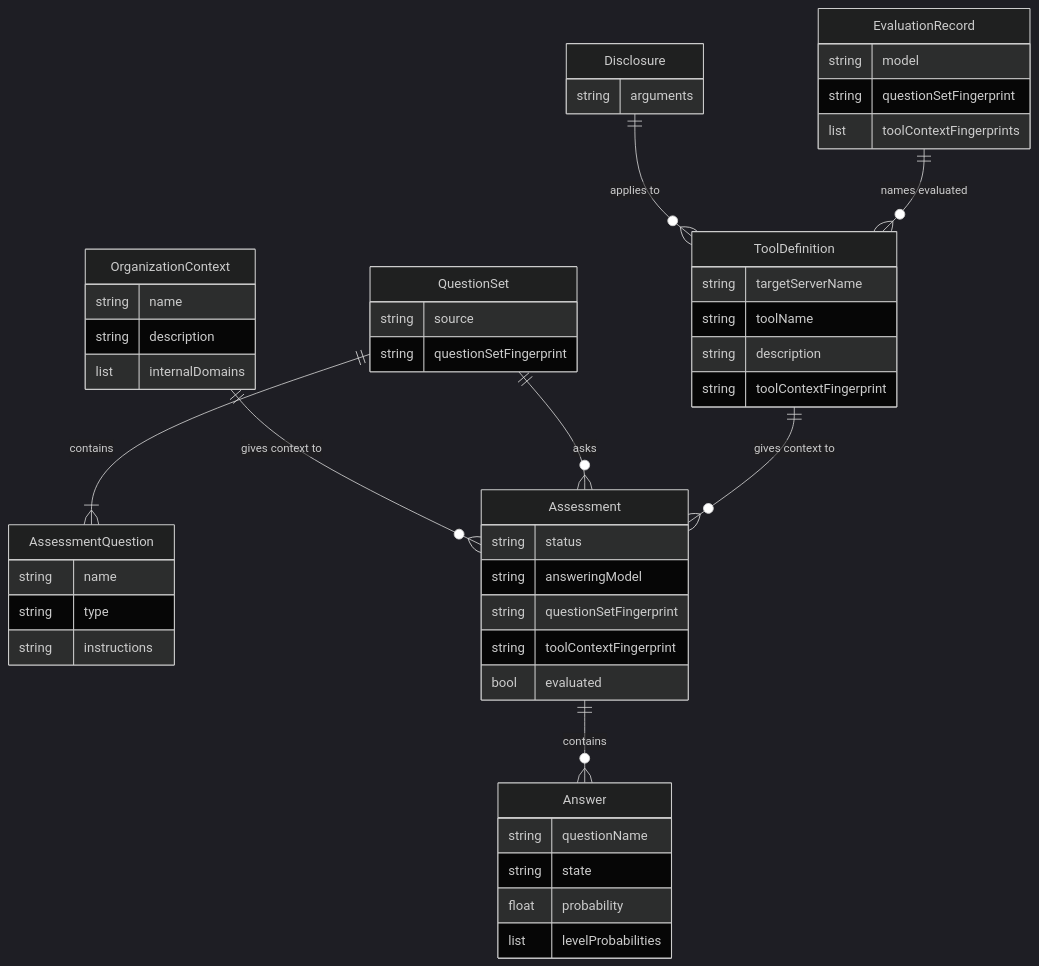
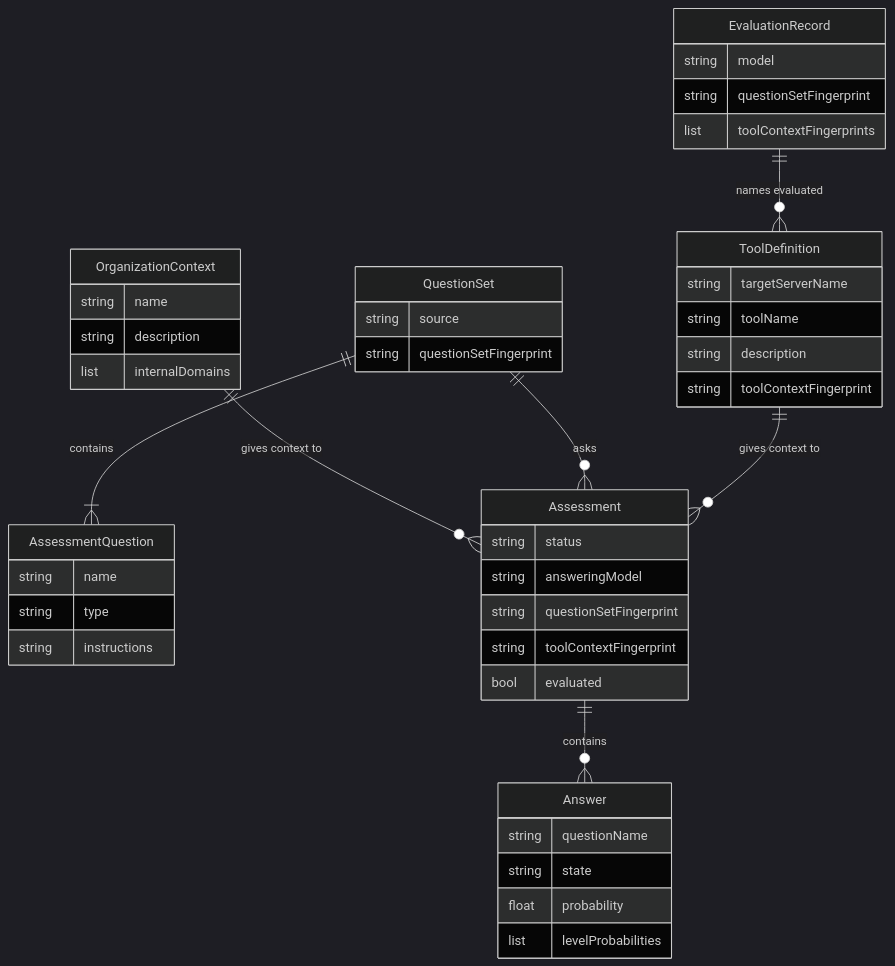
Before and after one commit to zalando-incubator/agentic-identity-broker: the first of 2 diagrams in specs/20261123-194542-decision-model-tool-approvals/spec.md, drawn with Mermaid (dark theme). The commit also changed other lines of this file and 9 other files, not shown here.

````diff
--- a/specs/20261123-194542-decision-model-tool-approvals/spec.md
+++ b/specs/20261123-194542-decision-model-tool-approvals/spec.md
@@ -1080,51 +1074,47 @@
 ```mermaid
 erDiagram
     OrganizationContext {
         string name
         string description
         list internalDomains
     }
     QuestionSet {
         string source
         string questionSetFingerprint
     }
     AssessmentQuestion {
         string name
         string type
         string instructions
-    }
-    Disclosure {
-        string arguments
     }
     ToolDefinition {
         string targetServerName
         string toolName
         string description
         string toolContextFingerprint
     }
     Assessment {
         string status
         string answeringModel
         string questionSetFingerprint
         string toolContextFingerprint
         bool evaluated
     }
     Answer {
         string questionName
         string state
         float probability
         list levelProbabilities
     }
     EvaluationRecord {
         string model
         string questionSetFingerprint
         list toolContextFingerprints
     }
     QuestionSet ||--|{ AssessmentQuestion : "contains"
     OrganizationContext ||--o{ Assessment : "gives context to"
     QuestionSet ||--o{ Assessment : "asks"
-    Disclosure ||--o{ ToolDefinition : "applies to"
     ToolDefinition ||--o{ Assessment : "gives context to"
     Assessment ||--o{ Answer : "contains"
     EvaluationRecord ||--o{ ToolDefinition : "names evaluated"
 ```
````
